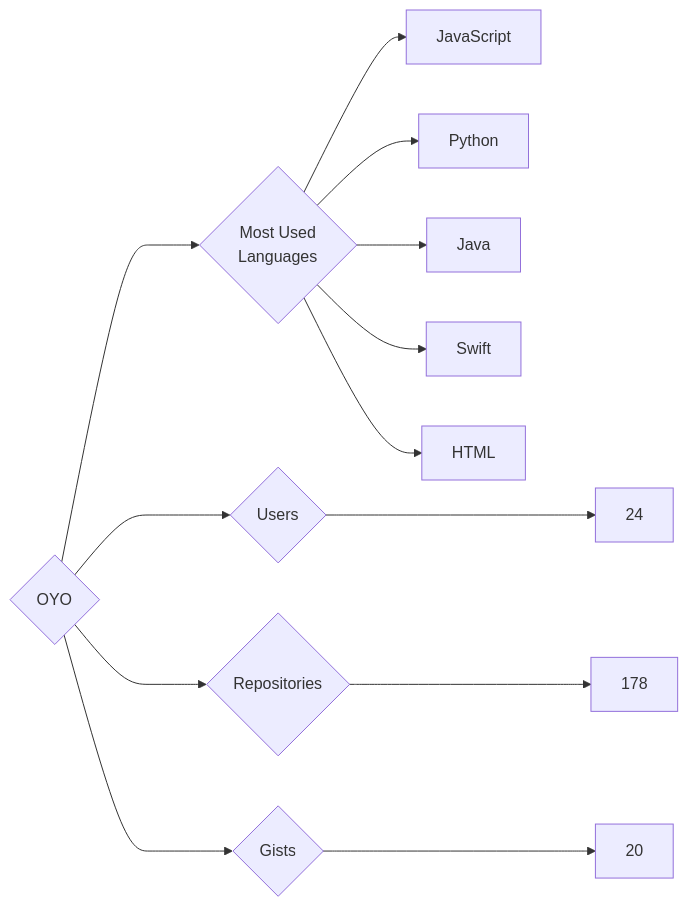
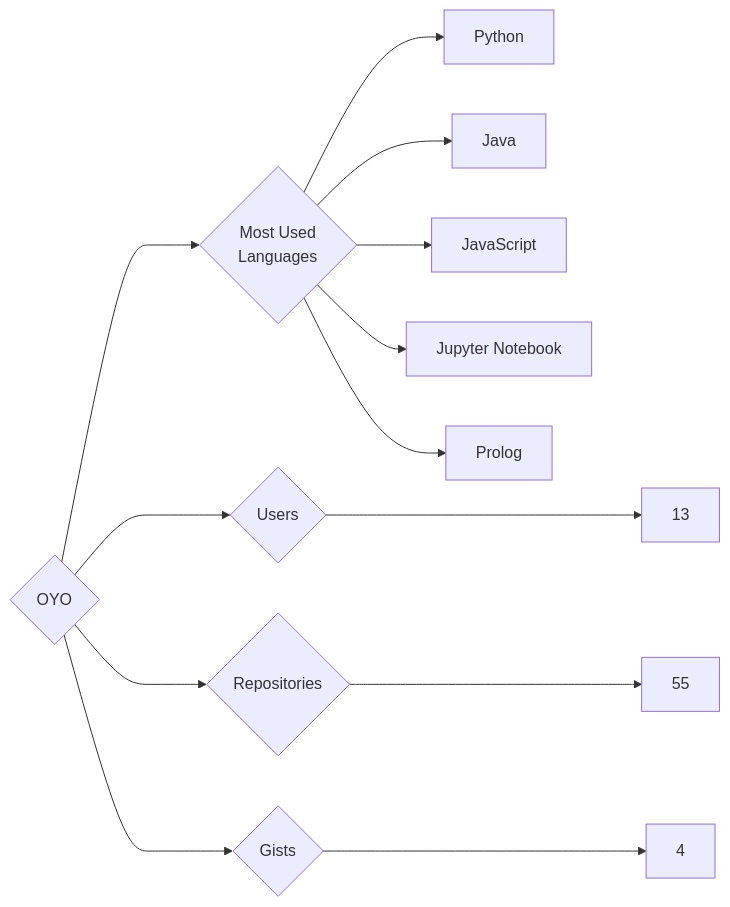
The diagram in targets/OYO/README.md (trickest/insiders), drawn with Mermaid before and after one commit. The commit also changed 973 other files, not shown here.

````diff
--- a/targets/OYO/README.md
+++ b/targets/OYO/README.md
@@ -3,13 +3,13 @@
 ```mermaid
 graph LR
 COMPANY_NAME{OYO}
-COMPANY_NAME ---> U{Users} ---> UN[24]
-COMPANY_NAME ---> R{Repositories} ---> RN[178]
-COMPANY_NAME ---> G{Gists} ---> GN[20]
+COMPANY_NAME ---> U{Users} ---> UN[13]
+COMPANY_NAME ---> R{Repositories} ---> RN[55]
+COMPANY_NAME ---> G{Gists} ---> GN[4]
 COMPANY_NAME ---> ML{Most Used<br>Languages}
-ML --> JavaScript[JavaScript]
 ML --> Python[Python]
 ML --> Java[Java]
-ML --> Swift[Swift]
-ML --> HTML[HTML]
+ML --> JavaScript[JavaScript]
+ML --> Jupyter_Notebook[Jupyter Notebook]
+ML --> Prolog[Prolog]
 ```
````
